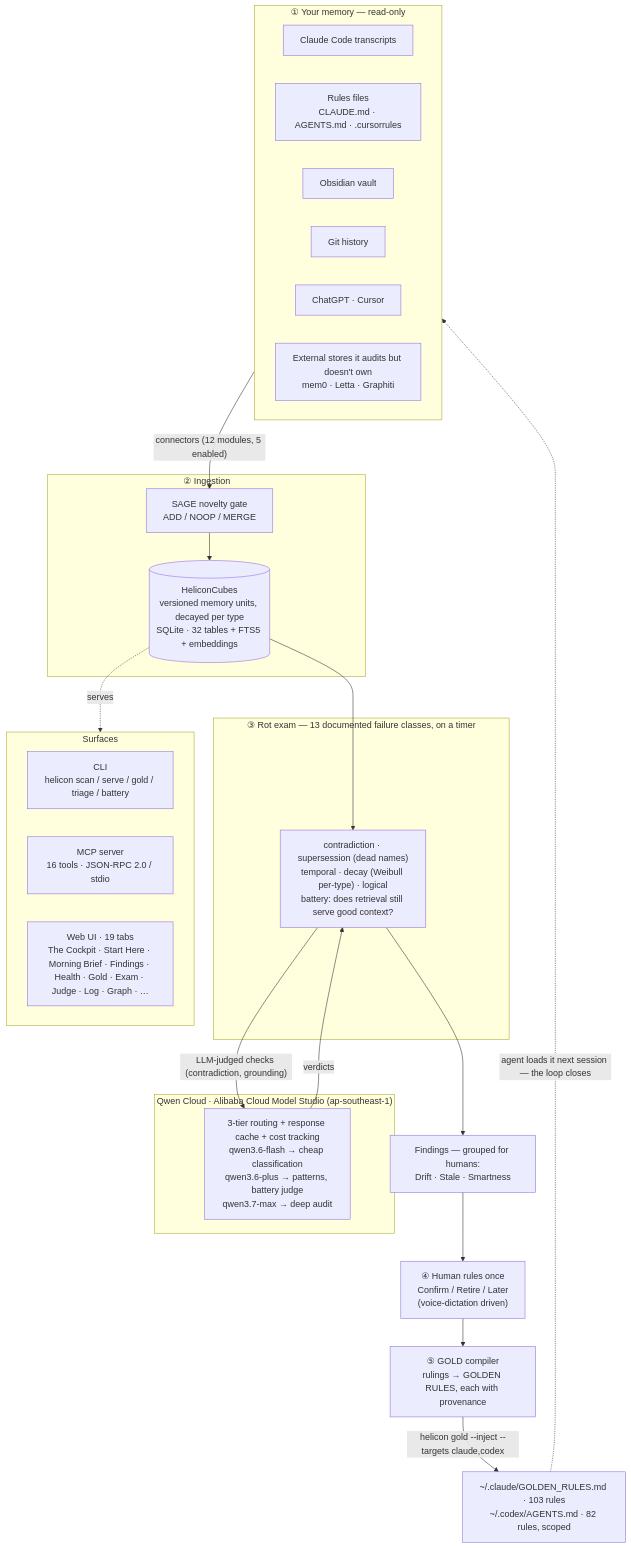
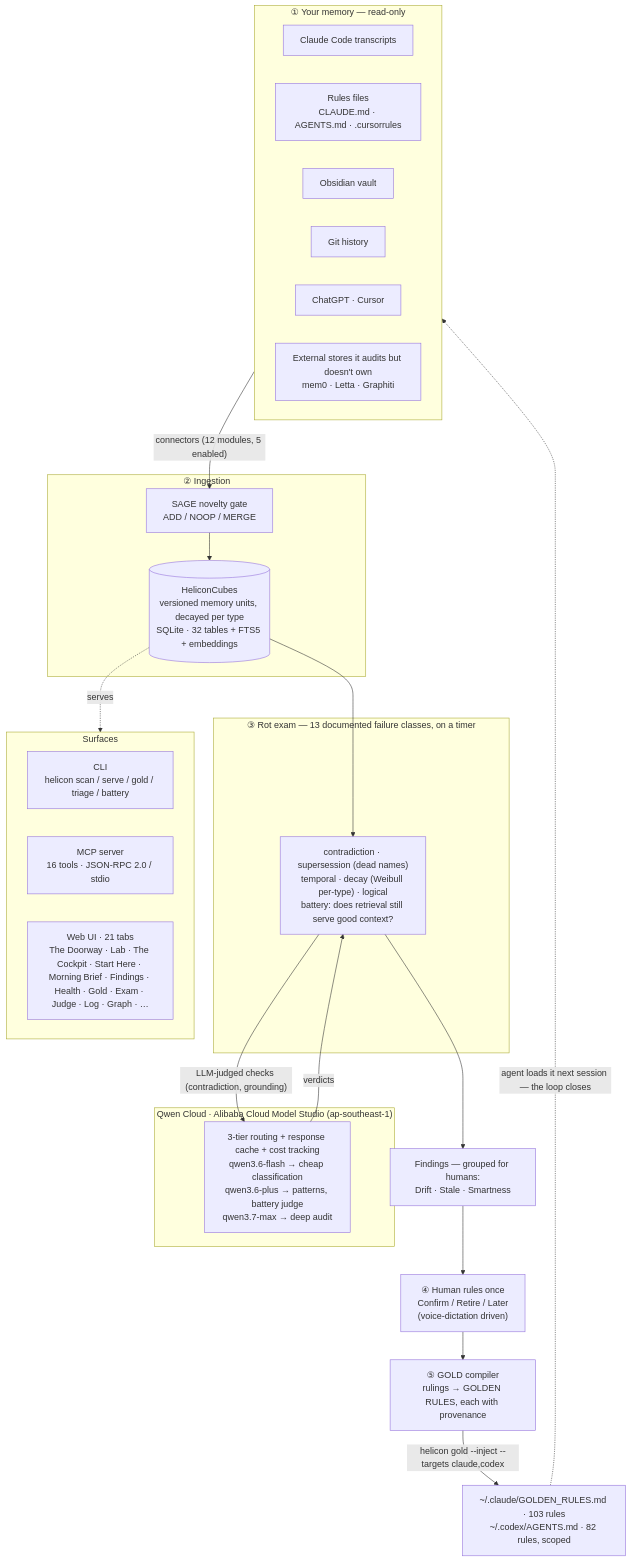
The first of 2 diagrams in ARCHITECTURE.md (Morkeeth/mountain-of-helicon), drawn with Mermaid before and after one commit. The commit also changed 10 other files, not shown here.

````diff
--- a/ARCHITECTURE.md
+++ b/ARCHITECTURE.md
@@ -11,45 +11,45 @@
 ```mermaid
 flowchart TD
   subgraph SRC["① Your memory — read-only"]
     A1["Claude Code transcripts"]
     A2["Rules files<br/>CLAUDE.md · AGENTS.md · .cursorrules"]
     A3["Obsidian vault"]
     A4["Git history"]
     A5["ChatGPT · Cursor"]
     A6["External stores it audits but doesn't own<br/>mem0 · Letta · Graphiti"]
   end
 
   SRC -->|"connectors (12 modules, 5 enabled)"| GATE
 
   subgraph INGEST["② Ingestion"]
     GATE["SAGE novelty gate<br/>ADD / NOOP / MERGE"]
     CUBES[("HeliconCubes<br/>versioned memory units, decayed per type<br/>SQLite · 32 tables + FTS5 + embeddings")]
     GATE --> CUBES
   end
 
   CUBES --> EXAM
 
   subgraph AUDIT["③ Rot exam — 13 documented failure classes, on a timer"]
     EXAM["contradiction · supersession (dead names)<br/>temporal · decay (Weibull per-type) · logical<br/>battery: does retrieval still serve good context?"]
   end
 
   EXAM -->|"LLM-judged checks (contradiction, grounding)"| QWEN
   QWEN -->|verdicts| EXAM
 
   subgraph QWENC["Qwen Cloud · Alibaba Cloud Model Studio (ap-southeast-1)"]
     QWEN["3-tier routing + response cache + cost tracking<br/>qwen3.6-flash → cheap classification<br/>qwen3.6-plus → patterns, battery judge<br/>qwen3.7-max → deep audit"]
   end
 
   EXAM --> FIND["Findings — grouped for humans:<br/>Drift · Stale · Smartness"]
   FIND --> HUMAN["④ Human rules once<br/>Confirm / Retire / Later<br/>(voice-dictation driven)"]
   HUMAN --> GOLD["⑤ GOLD compiler<br/>rulings → GOLDEN RULES, each with provenance"]
   GOLD -->|"helicon gold --inject --targets claude,codex"| INJECT["~/.claude/GOLDEN_RULES.md · 103 rules<br/>~/.codex/AGENTS.md · 82 rules, scoped"]
   INJECT -.->|"agent loads it next session — the loop closes"| SRC
 
   CUBES -.serves.-> SURF
   subgraph SURF["Surfaces"]
     CLI["CLI<br/>helicon scan / serve / gold / triage / battery"]
     MCP["MCP server<br/>16 tools · JSON-RPC 2.0 / stdio"]
-    WEB["Web UI · 19 tabs<br/>The Cockpit · Start Here · Morning Brief · Findings · Health · Gold · Exam · Judge · Log · Graph · …"]
+    WEB["Web UI · 21 tabs<br/>The Doorway · Lab · The Cockpit · Start Here · Morning Brief · Findings · Health · Gold · Exam · Judge · Log · Graph · …"]
   end
 ```
````
